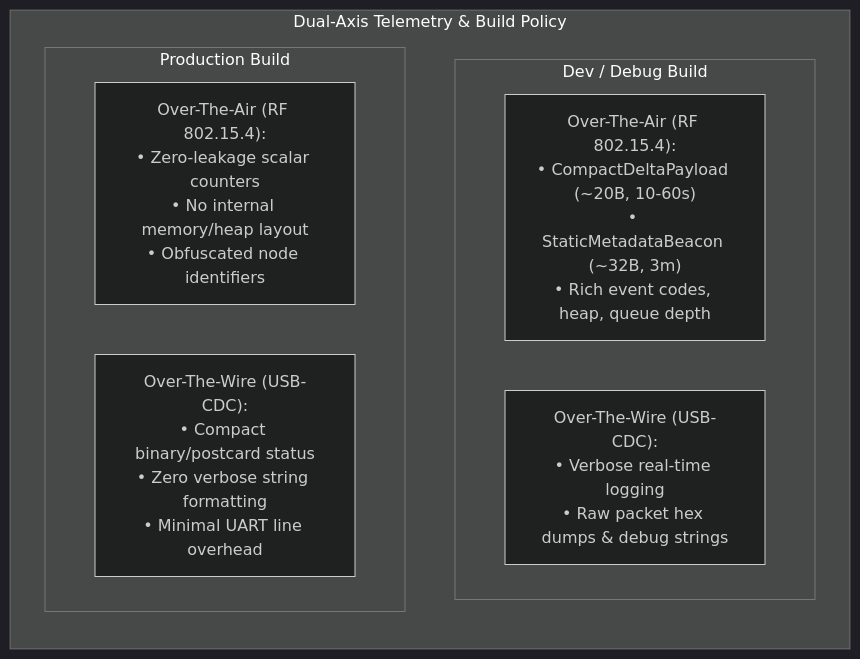
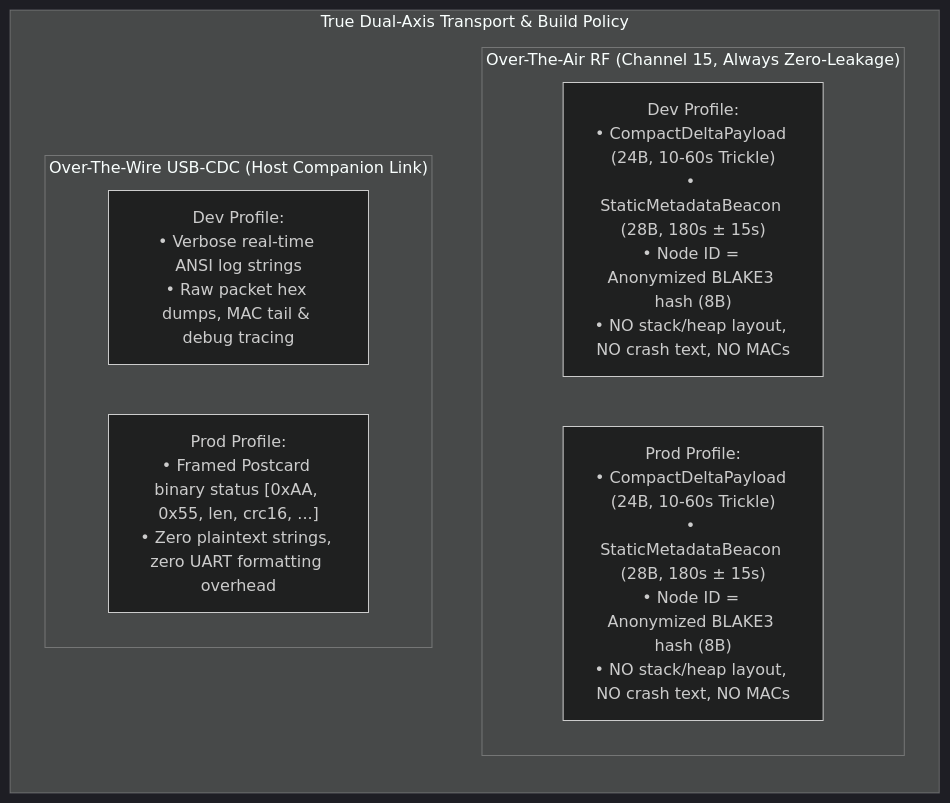
One commit to derpy4me/gibberish changed the first of 2 diagrams in docs/plans/2026-09-26-1414-feat-telemetry-efficiency-and-dual-axis-matrix-plan.md. Above: the diagram before and after it, drawn with Mermaid (dark theme). The commit also changed other lines of this file and 3 other files, not shown here.

````diff
--- a/docs/plans/2026-09-26-1414-feat-telemetry-efficiency-and-dual-axis-matrix-plan.md
+++ b/docs/plans/2026-09-26-1414-feat-telemetry-efficiency-and-dual-axis-matrix-plan.md
@@ -50,14 +54,14 @@
 ```mermaid
 flowchart TD
-    subgraph Matrix["Dual-Axis Telemetry & Build Policy"]
+    subgraph Matrix["True Dual-Axis Transport & Build Policy"]
         direction TB
-        subgraph Dev["Dev / Debug Build"]
-            DevOTA["Over-The-Air (RF 802.15.4):<br/>• CompactDeltaPayload (~20B, 10-60s)<br/>• StaticMetadataBeacon (~32B, 3m)<br/>• Rich event codes, heap, queue depth"]
-            DevWire["Over-The-Wire (USB-CDC):<br/>• Verbose real-time logging<br/>• Raw packet hex dumps & debug strings"]
+        subgraph RF["Over-The-Air RF (Channel 15, Always Zero-Leakage)"]
+            RF_Dev["Dev Profile:<br/>• CompactDeltaPayload (24B, 10-60s Trickle)<br/>• StaticMetadataBeacon (28B, 180s ± 15s)<br/>• Node ID = Anonymized BLAKE3 hash (8B)<br/>• NO stack/heap layout, NO crash text, NO MACs"]
+            RF_Prod["Prod Profile:<br/>• CompactDeltaPayload (24B, 10-60s Trickle)<br/>• StaticMetadataBeacon (28B, 180s ± 15s)<br/>• Node ID = Anonymized BLAKE3 hash (8B)<br/>• NO stack/heap layout, NO crash text, NO MACs"]
         end
-        subgraph Prod["Production Build"]
-            ProdOTA["Over-The-Air (RF 802.15.4):<br/>• Zero-leakage scalar counters<br/>• No internal memory/heap layout<br/>• Obfuscated node identifiers"]
-            ProdWire["Over-The-Wire (USB-CDC):<br/>• Compact binary/postcard status<br/>• Zero verbose string formatting<br/>• Minimal UART line overhead"]
+        subgraph Wire["Over-The-Wire USB-CDC (Host Companion Link)"]
+            Wire_Dev["Dev Profile:<br/>• Verbose real-time ANSI log strings<br/>• Raw packet hex dumps, MAC tail & debug tracing"]
+            Wire_Prod["Prod Profile:<br/>• Framed Postcard binary status [0xAA, 0x55, len, crc16, ...]<br/>• Zero plaintext strings, zero UART formatting overhead"]
         end
     end
 ```
````
